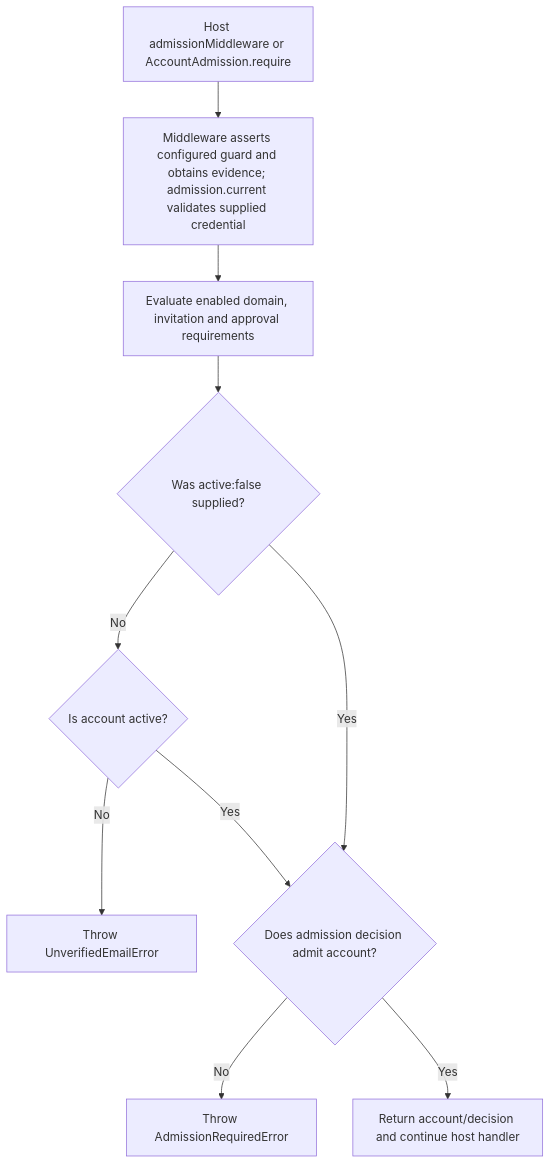
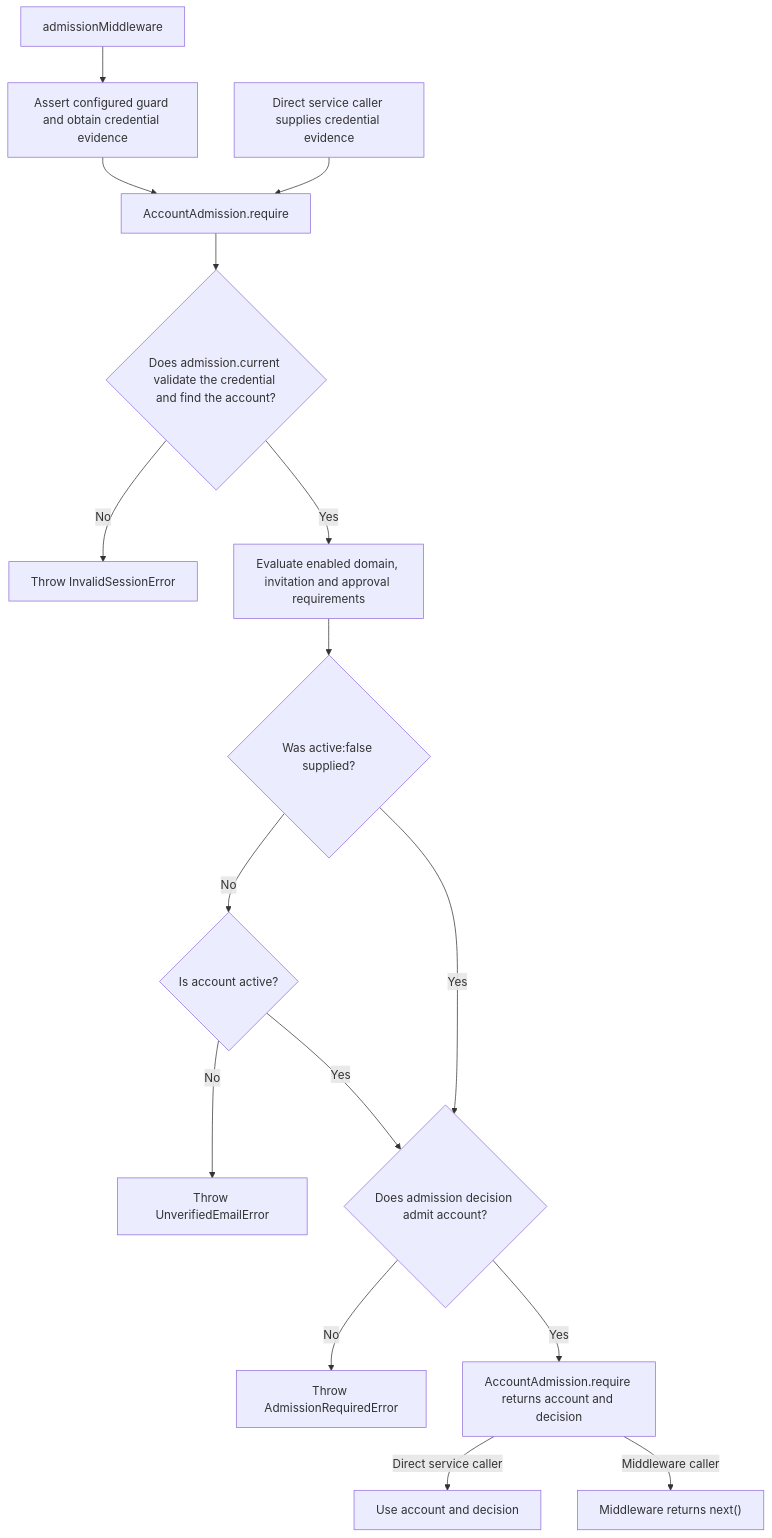
Before and after one commit to Kevinjohn/oss-adonisjs-account-kit: the second of 2 diagrams in user-stories/US-ACCOUNT-25-gate-application-route.md, drawn with Mermaid. The commit also changed 15 other files, not shown here.

````diff
--- a/user-stories/US-ACCOUNT-25-gate-application-route.md
+++ b/user-stories/US-ACCOUNT-25-gate-application-route.md
@@ -35,12 +35,18 @@
 ```mermaid
 flowchart TD
- A["Host admissionMiddleware or AccountAdmission.require"] --> B["Middleware asserts configured guard and obtains evidence; admission.current validates supplied credential"]
- B --> C["Evaluate enabled domain, invitation and approval requirements"]
+ A["admissionMiddleware"] --> M["Assert configured guard and obtain credential evidence"]
+ M --> R["AccountAdmission.require"]
+ S["Direct service caller supplies credential evidence"] --> R
+ R --> B{"Does admission.current validate the credential and find the account?"}
+ B -->|No| X["Throw InvalidSessionError"]
+ B -->|Yes| C["Evaluate enabled domain, invitation and approval requirements"]
  C --> D{"Was active:false supplied?"}
  D -->|No| E{"Is account active?"}
  E -->|No| F["Throw UnverifiedEmailError"]
  E -->|Yes| G{"Does admission decision admit account?"}
  D -->|Yes| G
  G -->|No| H["Throw AdmissionRequiredError"]
- G -->|Yes| I["Return account/decision and continue host handler"]
+ G -->|Yes| I["AccountAdmission.require returns account and decision"]
+ I -->|Direct service caller| J["Use account and decision"]
+ I -->|Middleware caller| K["Middleware returns next()"]
 ```
````
